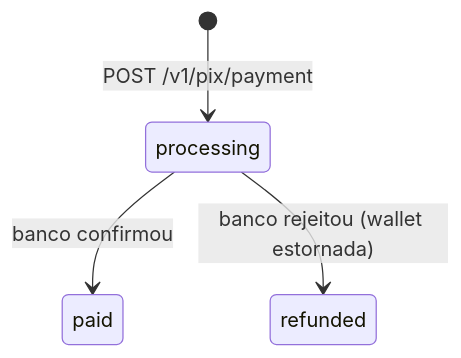
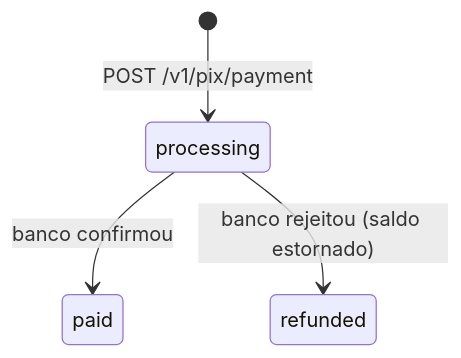
Before and after one commit to mathzfps/docs: the second of 2 diagrams in concepts/transactions.mdx, drawn with Mermaid. The commit also changed other lines of this file and 5 other files, not shown here.

````diff
--- a/concepts/transactions.mdx
+++ b/concepts/transactions.mdx
@@ -27,6 +27,6 @@
 ```mermaid
 stateDiagram-v2
     [*] --> processing: POST /v1/pix/payment
     processing --> paid: banco confirmou
-    processing --> refunded: banco rejeitou (wallet estornada)
+    processing --> refunded: banco rejeitou (saldo estornado)
 ```
````
